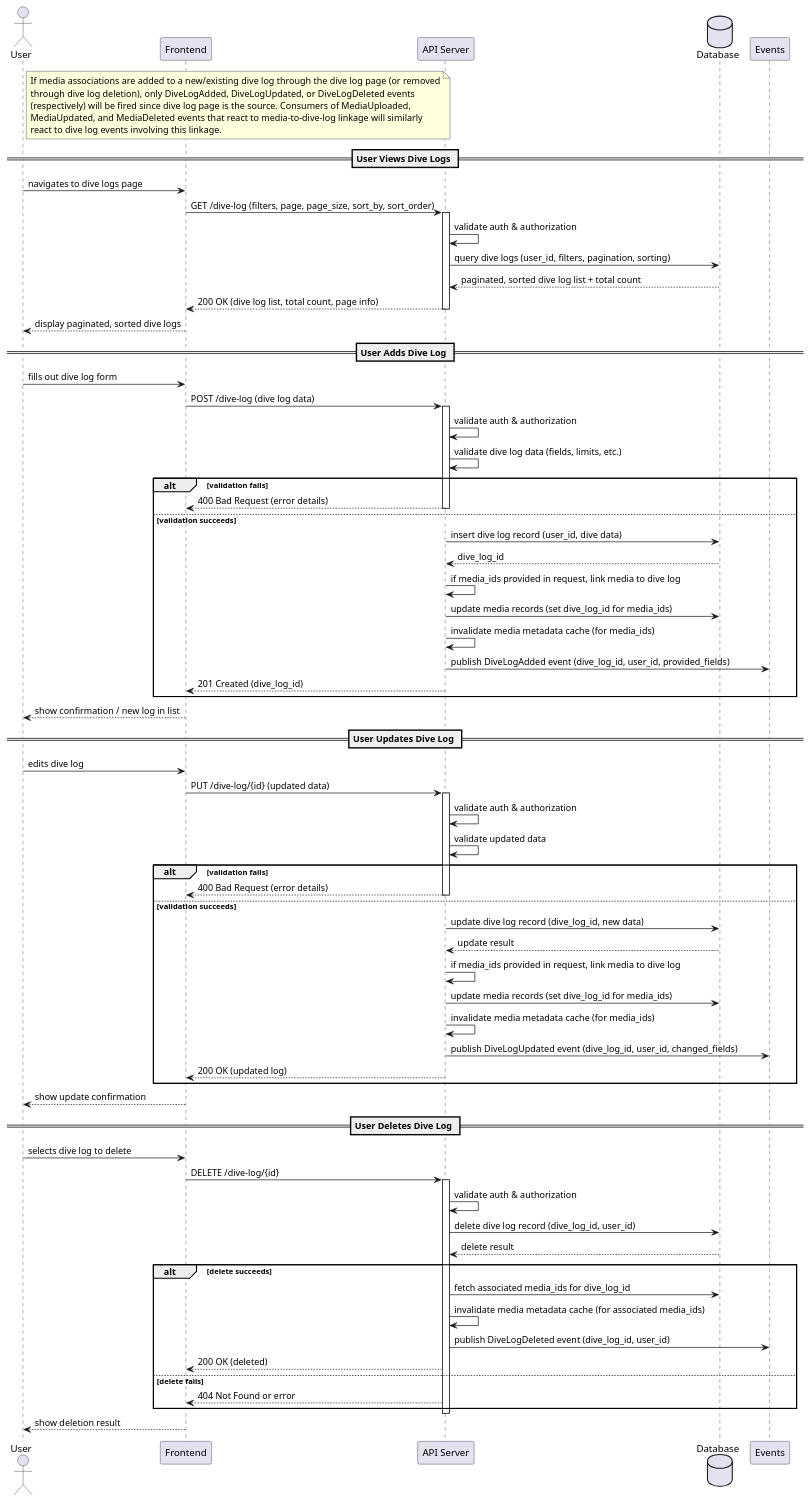
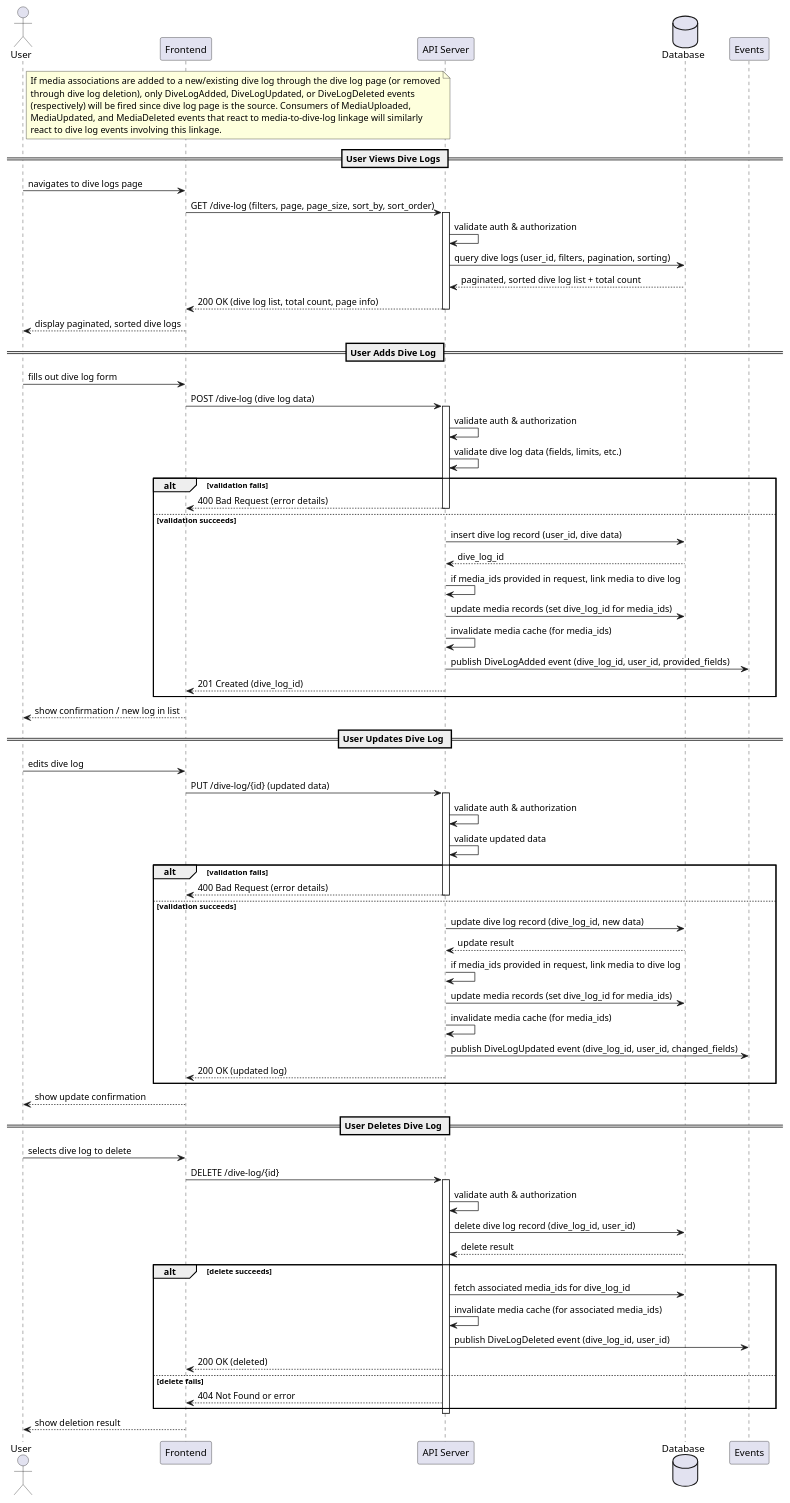
The diagram in designs/sequences/dive_log/dive_log_crud_sequence.puml (MikeF0007/reef-connect), drawn with PlantUML before and after one commit. The commit also changed 19 other files, not shown here.

```diff
--- a/designs/sequences/dive_log/dive_log_crud_sequence.puml
+++ b/designs/sequences/dive_log/dive_log_crud_sequence.puml
@@ -1,86 +1,86 @@
 @startuml Dive Log CRUD Sequence
 actor User
 participant Frontend
 participant "API Server" as API
 database "Database" as DB
 
 
 note right of User
     If media associations are added to a new/existing dive log through the dive log page (or removed
     through dive log deletion), only DiveLogAdded, DiveLogUpdated, or DiveLogDeleted events
     (respectively) will be fired since dive log page is the source. Consumers of MediaUploaded,
     MediaUpdated, and MediaDeleted events that react to media-to-dive-log linkage will similarly
     react to dive log events involving this linkage.
 end note
 
 == User Views Dive Logs ==
 User -> Frontend: navigates to dive logs page
 Frontend -> API: GET /dive-log (filters, page, page_size, sort_by, sort_order)
 activate API
 API -> API: validate auth & authorization
 API -> DB: query dive logs (user_id, filters, pagination, sorting)
 DB --> API: paginated, sorted dive log list + total count
 API --> Frontend: 200 OK (dive log list, total count, page info)
 deactivate API
 Frontend --> User: display paginated, sorted dive logs
 
 == User Adds Dive Log ==
 User -> Frontend: fills out dive log form
 Frontend -> API: POST /dive-log (dive log data)
 activate API
 API -> API: validate auth & authorization
 API -> API: validate dive log data (fields, limits, etc.)
 alt validation fails
     API --> Frontend: 400 Bad Request (error details)
     deactivate API
 else validation succeeds
     API -> DB: insert dive log record (user_id, dive data)
     DB --> API: dive_log_id
     API -> API: if media_ids provided in request, link media to dive log
     API -> DB: update media records (set dive_log_id for media_ids)
-    API -> API: invalidate media metadata cache (for media_ids)
+    API -> API: invalidate media cache (for media_ids)
     API -> Events: publish DiveLogAdded event (dive_log_id, user_id, provided_fields)
     API --> Frontend: 201 Created (dive_log_id)
     deactivate API
 end
 Frontend --> User: show confirmation / new log in list
 
 == User Updates Dive Log ==
 User -> Frontend: edits dive log
 Frontend -> API: PUT /dive-log/{id} (updated data)
 activate API
 API -> API: validate auth & authorization
 API -> API: validate updated data
 alt validation fails
     API --> Frontend: 400 Bad Request (error details)
     deactivate API
 else validation succeeds
     API -> DB: update dive log record (dive_log_id, new data)
     DB --> API: update result
     API -> API: if media_ids provided in request, link media to dive log
     API -> DB: update media records (set dive_log_id for media_ids)
-    API -> API: invalidate media metadata cache (for media_ids)
+    API -> API: invalidate media cache (for media_ids)
     API -> Events: publish DiveLogUpdated event (dive_log_id, user_id, changed_fields)
     API --> Frontend: 200 OK (updated log)
     deactivate API
 end
 Frontend --> User: show update confirmation
 
 == User Deletes Dive Log ==
 User -> Frontend: selects dive log to delete
 Frontend -> API: DELETE /dive-log/{id}
 activate API
 API -> API: validate auth & authorization
 API -> DB: delete dive log record (dive_log_id, user_id)
 DB --> API: delete result
 alt delete succeeds
     API -> DB: fetch associated media_ids for dive_log_id
-    API -> API: invalidate media metadata cache (for associated media_ids)
+    API -> API: invalidate media cache (for associated media_ids)
     API -> Events: publish DiveLogDeleted event (dive_log_id, user_id)
     API --> Frontend: 200 OK (deleted)
 else delete fails
     API --> Frontend: 404 Not Found or error
 end
 deactivate API
 Frontend --> User: show deletion result
 @enduml
```
